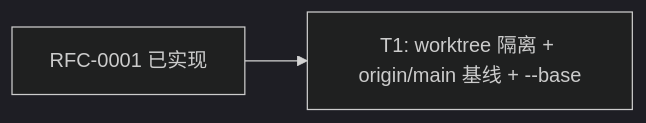
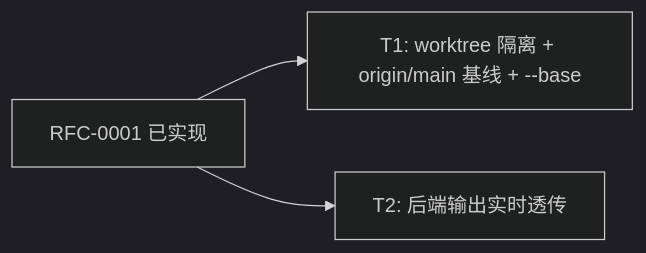
The diagram in docs/rfcs/0003-issue-worktree-isolation.md (Curry09/OpenAgents), drawn with Mermaid (dark theme) before and after one commit. The commit also changed other lines of this file, not shown here.

Commit message:
docs: 增补 RFC-0003 决策 6 后端输出实时透传（T2）

````diff
--- a/docs/rfcs/0003-issue-worktree-isolation.md
+++ b/docs/rfcs/0003-issue-worktree-isolation.md
@@ -71,4 +74,5 @@
 ```mermaid
 graph LR
     RFC0001[RFC-0001 已实现] --> T1[T1: worktree 隔离 + origin/main 基线 + --base]
+    RFC0001 --> T2[T2: 后端输出实时透传]
 ```
````
